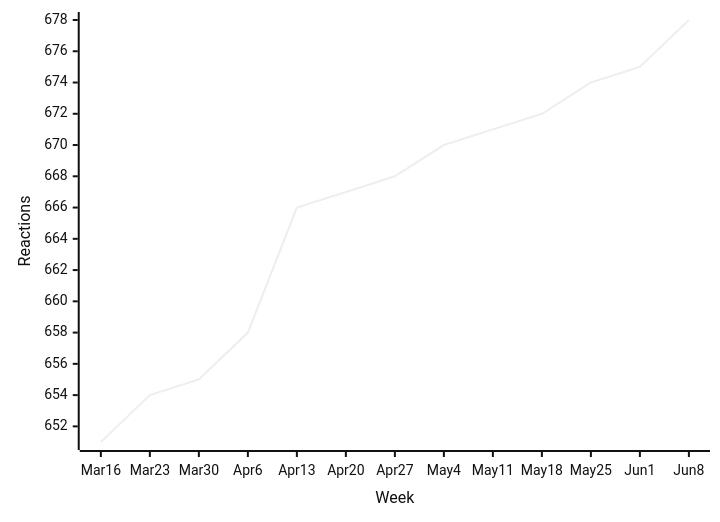
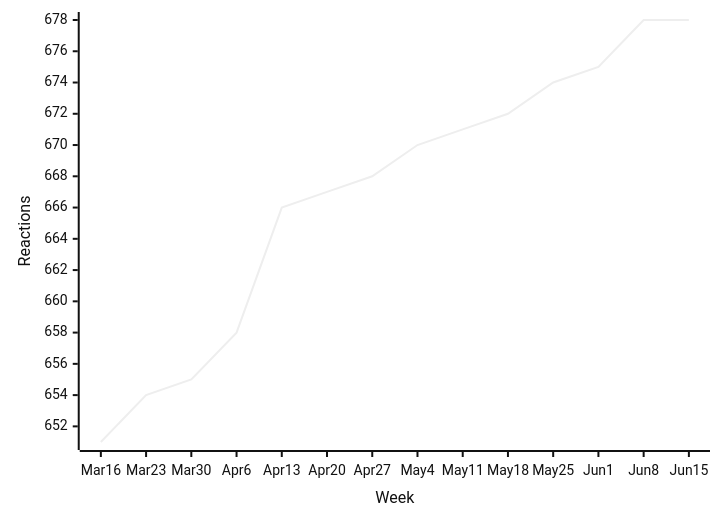
One commit to loic-sharma/github-insights changed the fifth of 47 diagrams in README.md. Above: the diagram before and after it, drawn with Mermaid (neutral theme). The commit also changed other lines of this file and 3 other files, not shown here.

````diff
--- a/README.md
+++ b/README.md
@@ -407,6 +407,6 @@
   ```mermaid
   xychart-beta
-    x-axis "Week" [Mar 16, Mar 23, Mar 30, Apr 6, Apr 13, Apr 20, Apr 27, May 4, May 11, May 18, May 25, Jun 1, Jun 8]
+    x-axis "Week" [Mar 16, Mar 23, Mar 30, Apr 6, Apr 13, Apr 20, Apr 27, May 4, May 11, May 18, May 25, Jun 1, Jun 8, Jun 15]
     y-axis "Reactions"
-    line [651, 654, 655, 658, 666, 667, 668, 670, 671, 672, 674, 675, 678]
+    line [651, 654, 655, 658, 666, 667, 668, 670, 671, 672, 674, 675, 678, 678]
   ```
````
